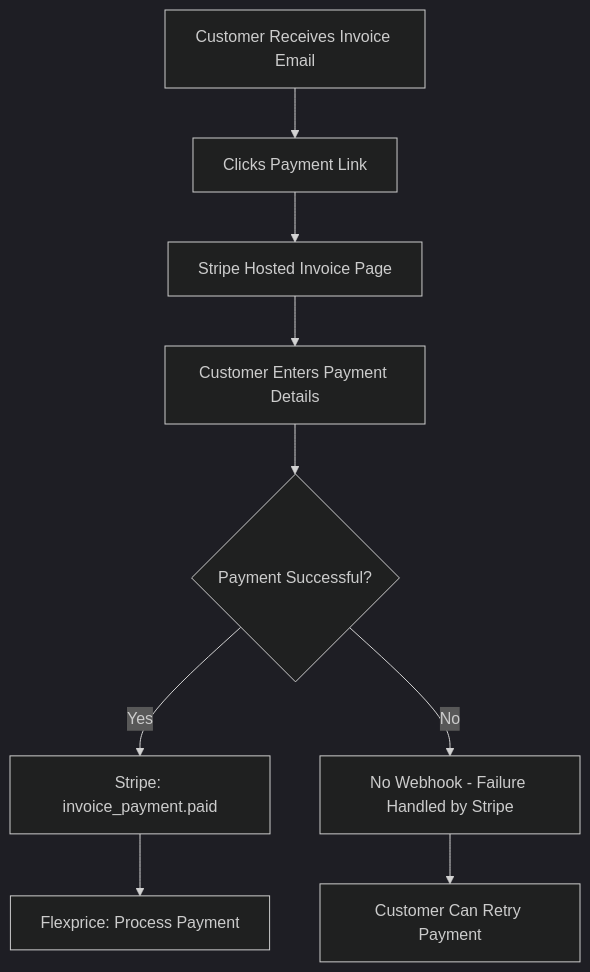
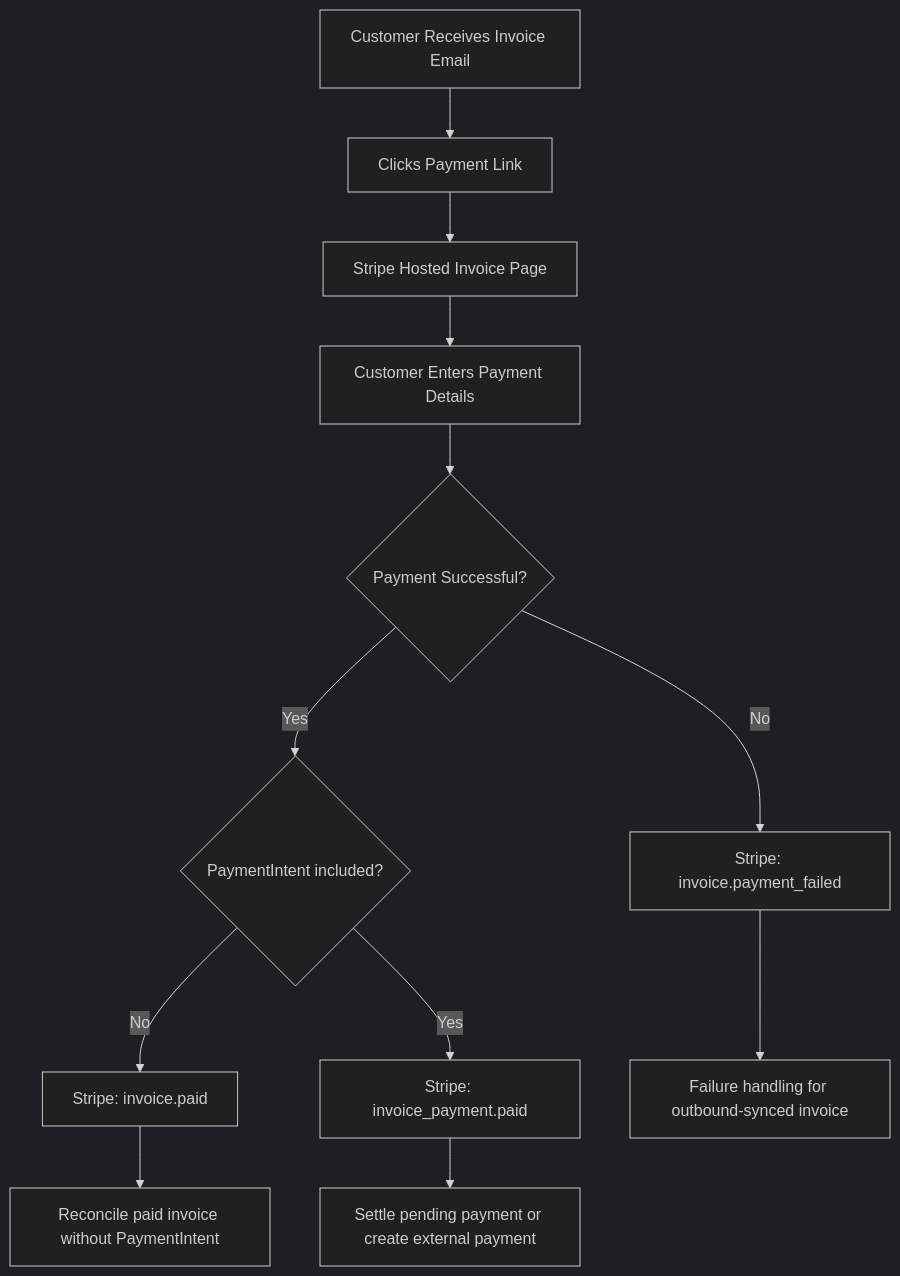
Before and after one commit to flexprice/flexprice-docs: the second of 5 diagrams in integrations/stripe/invoice-sync.mdx, drawn with Mermaid (dark theme). The commit also changed other lines of this file and 6 other files, not shown here.

````diff
--- a/integrations/stripe/invoice-sync.mdx
+++ b/integrations/stripe/invoice-sync.mdx
@@ -84,11 +101,14 @@
 ```mermaid
 graph TD
     A[Customer Receives Invoice Email] --> B[Clicks Payment Link]
     B --> C[Stripe Hosted Invoice Page]
     C --> D[Customer Enters Payment Details]
     D --> E{Payment Successful?}
-    E -->|Yes| F[Stripe: invoice_payment.paid]
-    E -->|No| G[No Webhook - Failure Handled by Stripe]
-    F --> H[Flexprice: Process Payment]
-    G --> I[Customer Can Retry Payment]
+    E -->|Yes| F{PaymentIntent included?}
+    F -->|No| G[Stripe: invoice.paid]
+    F -->|Yes| H[Stripe: invoice_payment.paid]
+    E -->|No| I[Stripe: invoice.payment_failed]
+    G --> J[Reconcile paid invoice without PaymentIntent]
+    H --> K[Settle pending payment or create external payment]
+    I --> L[Failure handling for outbound-synced invoice]
 ```
````
